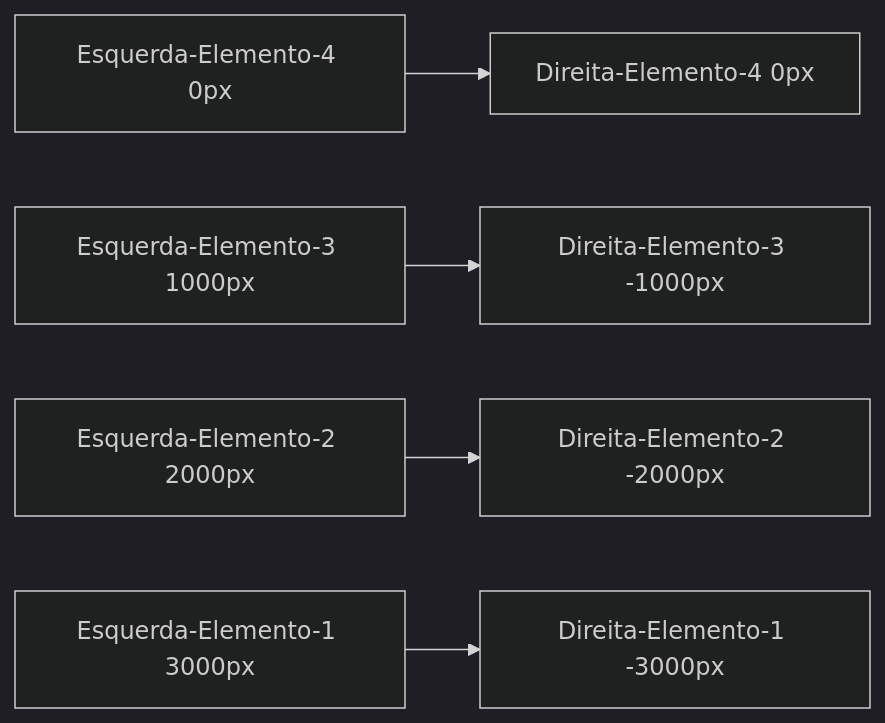
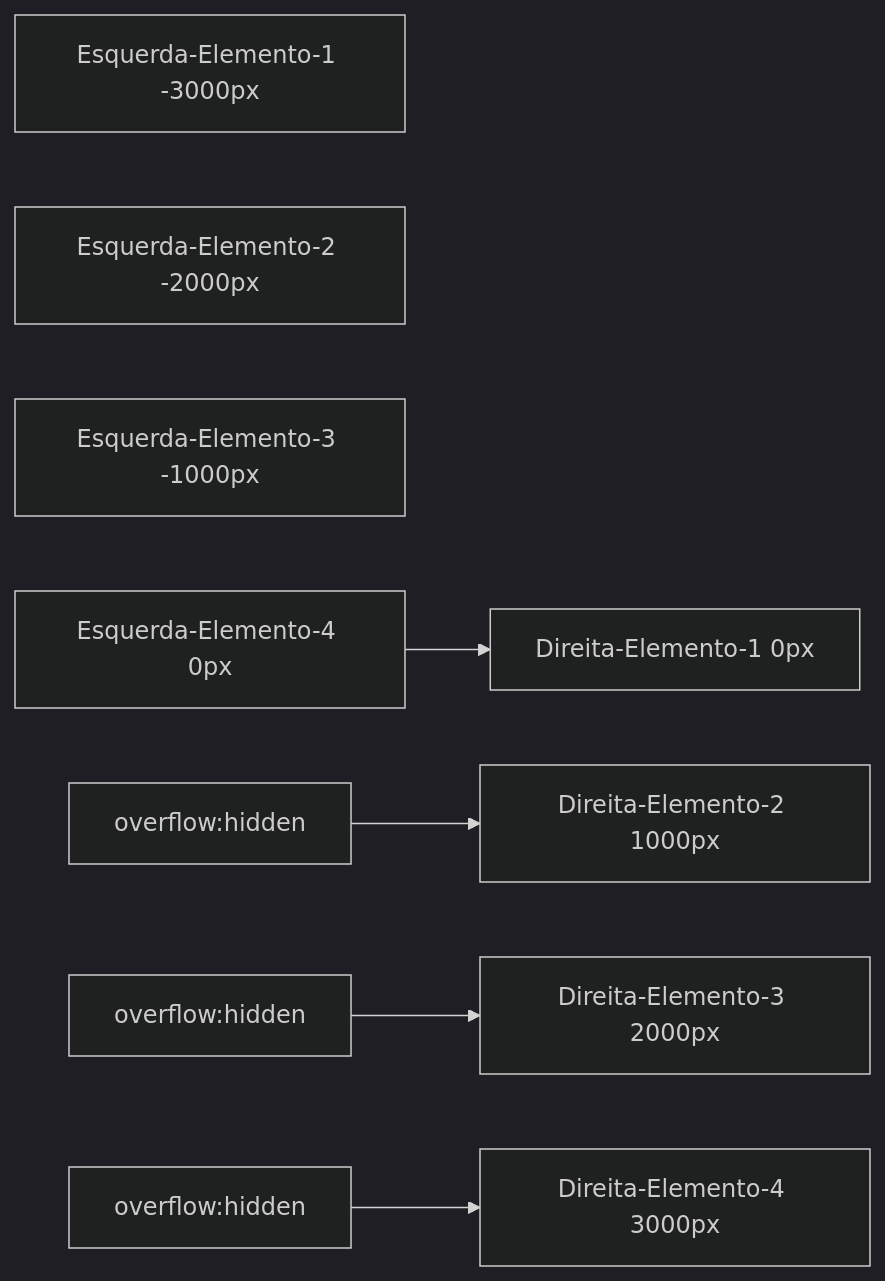
The eighth of 8 diagrams in README.md (samuelcolares/doubleverticalSlider), drawn with Mermaid (dark theme) before and after one commit. The commit also changed other lines of this file, not shown here.

````diff
--- a/README.md
+++ b/README.md
@@ -161,7 +164,10 @@
 ```mermaid
 graph LR;
-A[Esquerda-Elemento-4 0px] --> B[Direita-Elemento-4 0px];
-C[Esquerda-Elemento-3 1000px] --> D[Direita-Elemento-3 -1000px];
-E[Esquerda-Elemento-2 2000px] --> F[Direita-Elemento-2 -2000px];
-G[Esquerda-Elemento-1 3000px] --> H[Direita-Elemento-1 -3000px];
+G[Esquerda-Elemento-1 -3000px]
+E[Esquerda-Elemento-2 -2000px]    
+C[Esquerda-Elemento-3 -1000px]
+A[Esquerda-Elemento-4 0px] --> B[Direita-Elemento-1 0px];
+Z[overflow:hidden] --> D[Direita-Elemento-2 1000px];
+X[overflow:hidden] --> F[Direita-Elemento-3 2000px];
+Y[overflow:hidden] --> H[Direita-Elemento-4 3000px];
 ```
````
